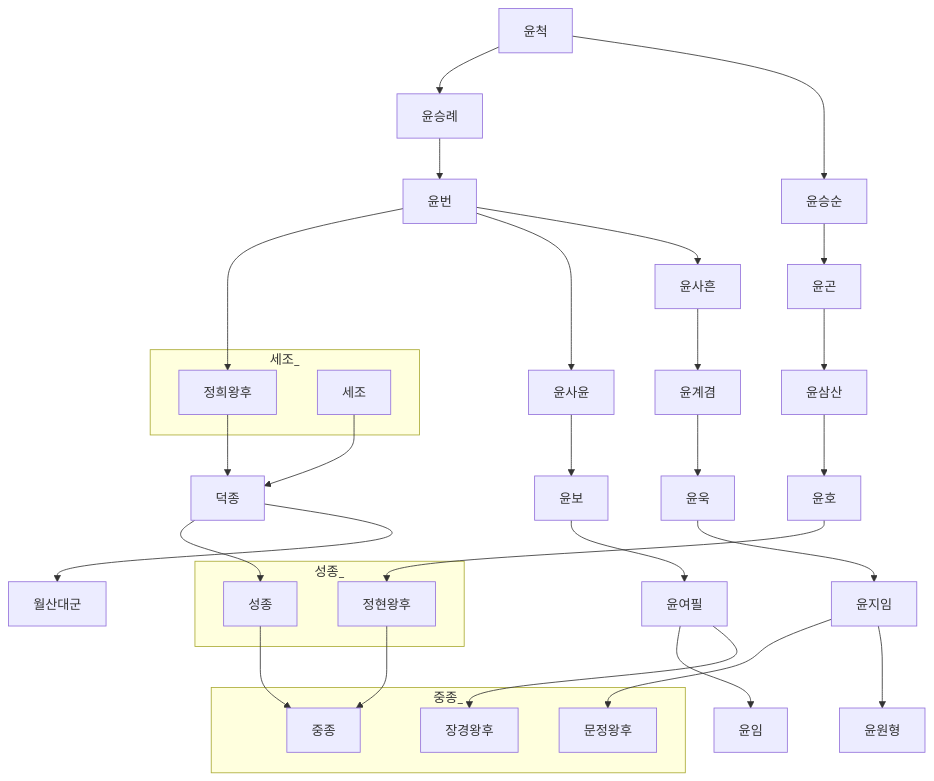
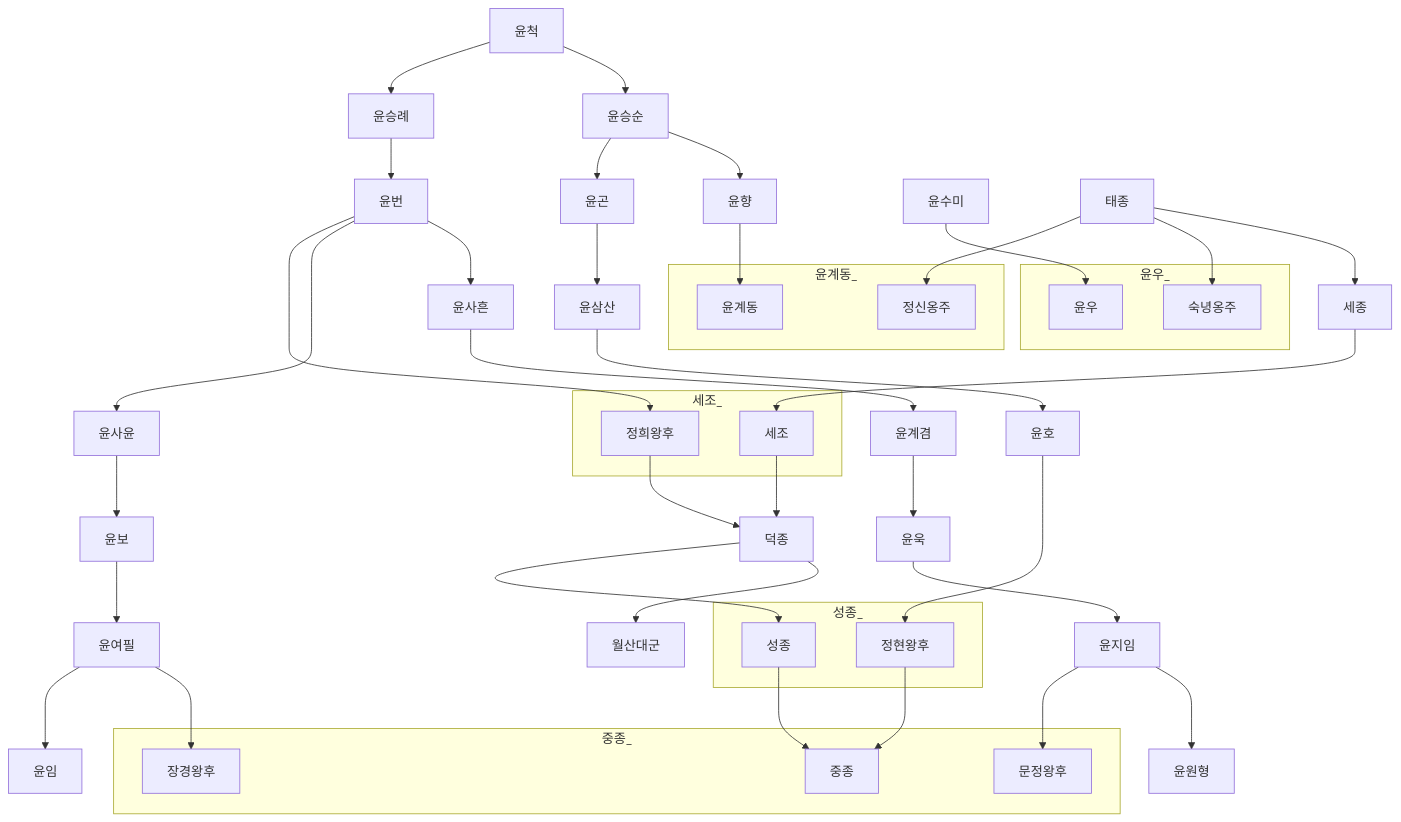
The diagram in 한국사/파평윤씨가계도.md (daewonyoon/historigram), drawn with Mermaid before and after one commit. The commit also changed 1 other file, not shown here.

Commit message:
수정

````diff
--- a/한국사/파평윤씨가계도.md
+++ b/한국사/파평윤씨가계도.md
@@ -1,38 +1,57 @@
 ```mermaid
 
 graph TD
 
 윤번 --> 정희왕후
 윤번 --> 윤사윤 --> 윤보 --> 윤여필
 윤여필 --> 윤임
 윤여필 --> 장경왕후
 윤번 --> 윤사흔 --> 윤계겸  --> 윤욱 --> 윤지임 --> 문정왕후
 윤지임 --> 윤원형
 
 윤척 --> 윤승례 --> 윤번
 윤척 --> 윤승순 --> 윤곤 --> 윤삼산 --> 윤호 --> 정현왕후
+
+윤승순 --> 윤향 --> 윤계동
+
+윤수미 --> 윤우
+
+태종 --> 정신옹주
+태종 --> 숙녕옹주 
+
+태종 --> 세종 --> 세조
+
+subgraph 윤계동_
+윤계동
+정신옹주
+end
+
+subgraph 윤우_
+윤우
+숙녕옹주
+end
 
 
 세조 --> 덕종 --> 성종 --> 중종
 정희왕후 --> 덕종
 정현왕후 --> 중종
 덕종 --> 월산대군
 
 subgraph 성종_
 성종
 정현왕후
 end
 
 subgraph 세조_
 세조
 정희왕후
 end
 
 
 subgraph 중종_
 중종
 문정왕후
 장경왕후
 end
 
 ```
````
